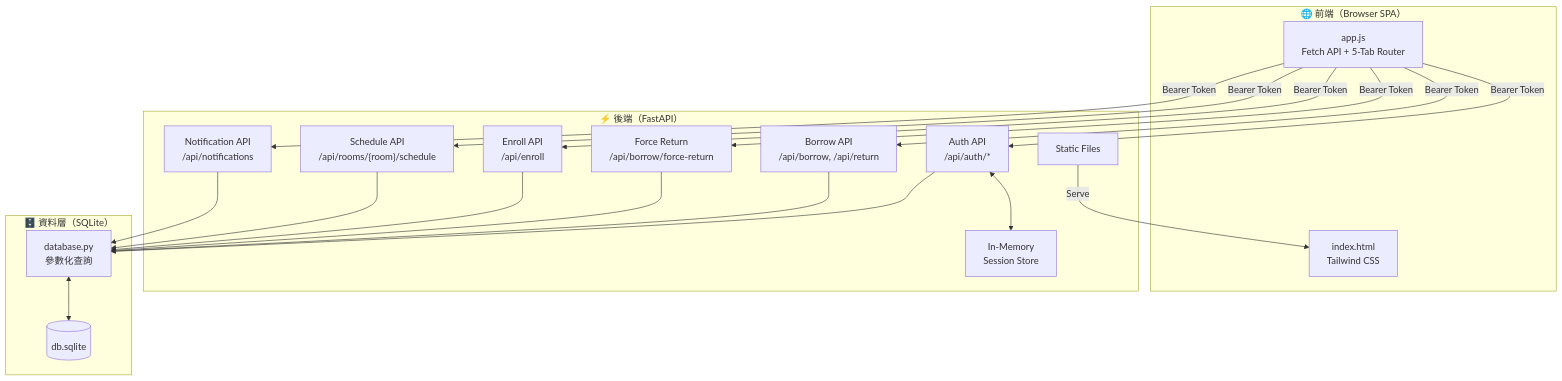
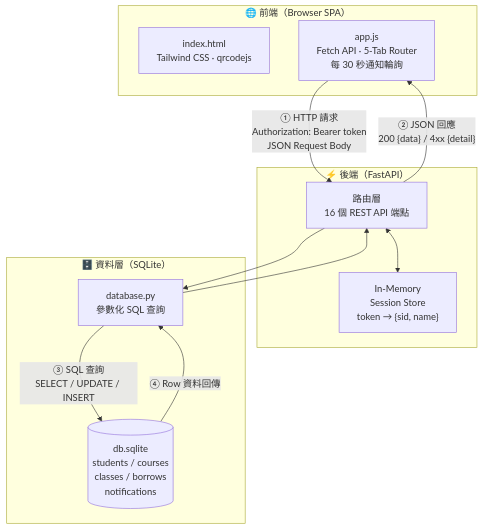
The first of 4 diagrams in README.md (k0341055/BorrowRoom), drawn with Mermaid before and after one commit. The commit also changed other lines of this file, not shown here.

First line of the commit message:
docs: rewrite README with bidirectional data flow diagrams

````diff
--- a/README.md
+++ b/README.md
@@ -44,29 +44,25 @@
 ```mermaid
 graph TB
     subgraph Client["🌐 前端（Browser SPA）"]
-        HTML["index.html<br/>Tailwind CSS"]
-        JS["app.js<br/>Fetch API + 5-Tab Router"]
+        HTML["index.html<br/>Tailwind CSS · qrcodejs"]
+        JS["app.js<br/>Fetch API · 5-Tab Router<br/>每 30 秒通知輪詢"]
     end
 
     subgraph Server["⚡ 後端（FastAPI）"]
-        Auth["Auth API<br/>/api/auth/*"]
-        Borrow["Borrow API<br/>/api/borrow, /api/return"]
-        ForceR["Force Return<br/>/api/borrow/force-return"]
-        Enroll["Enroll API<br/>/api/enroll"]
-        Gantt["Schedule API<br/>/api/rooms/{room}/schedule"]
-        Notif["Notification API<br/>/api/notifications"]
-        Static["Static Files"]
-        Session["In-Memory<br/>Session Store"]
+        Router["路由層<br/>16 個 REST API 端點"]
+        Session["In-Memory<br/>Session Store<br/>token → {sid, name}"]
     end
 
-    subgraph DB["🗄️ 資料層（SQLite）"]
-        dao["database.py<br/>參數化查詢"]
-        sqlite[("db.sqlite")]
+    subgraph Data["🗄️ 資料層（SQLite）"]
+        DAO["database.py<br/>參數化 SQL 查詢"]
+        DB[("db.sqlite<br/>students / courses<br/>classes / borrows<br/>notifications")]
     end
 
-    JS -->|"Bearer Token"| Auth & Borrow & ForceR & Enroll & Gantt & Notif
-    Auth <--> Session
-    Auth & Borrow & ForceR & Enroll & Gantt & Notif --> dao
-    dao <--> sqlite
-    Static -->|"Serve"| HTML
+    JS -- "① HTTP 請求<br/>Authorization: Bearer token<br/>JSON Request Body" --> Router
+    Router -- "② JSON 回應<br/>200 {data} / 4xx {detail}" --> JS
+    Router <--> Session
+    Router --> DAO
+    DAO -- "③ SQL 查詢<br/>SELECT / UPDATE / INSERT" --> DB
+    DB -- "④ Row 資料回傳" --> DAO
+    DAO --> Router
 ```
````
